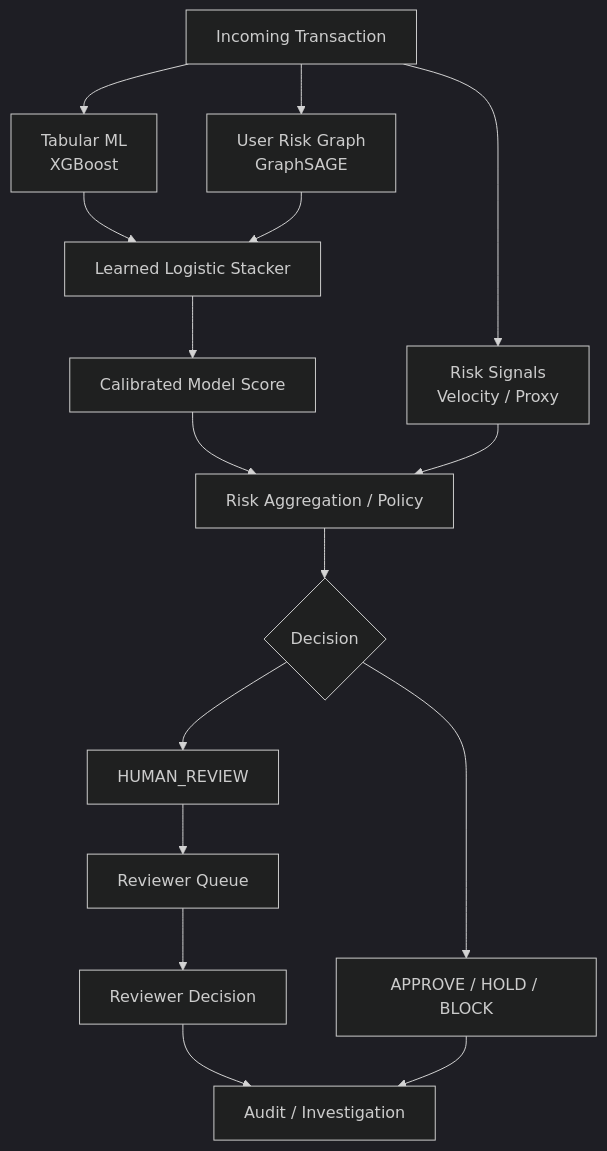
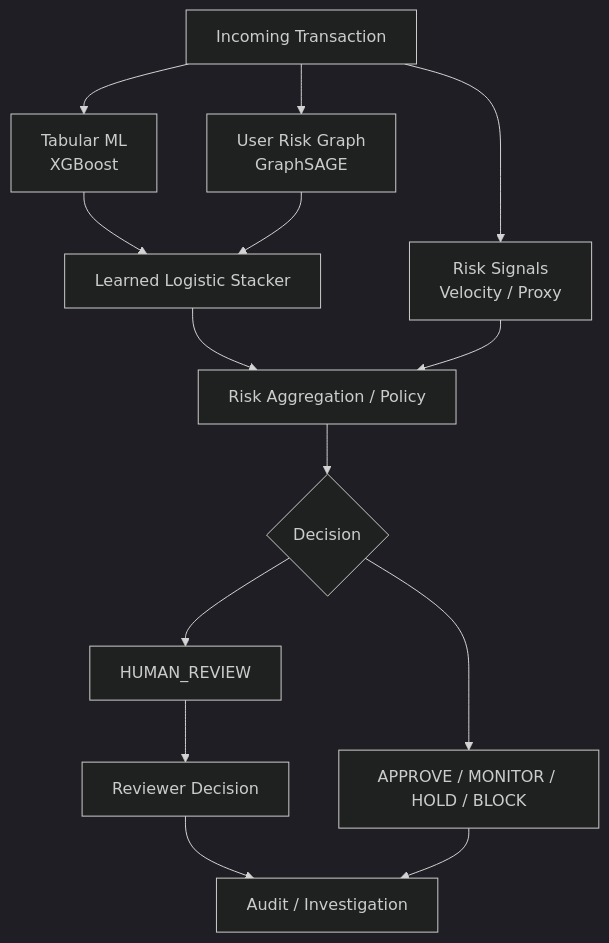
One commit to mudasir-007/RazorRisk-Agentic-AI-Payment-Fraud-Risk-Investigation-Platform- changed the first of 2 diagrams in README.md. Above: the diagram before and after it, drawn with Mermaid (dark theme). The commit also changed other lines of this file, not shown here.

````diff
--- a/README.md
+++ b/README.md
@@ -112,19 +37,17 @@
 ```mermaid
 flowchart TD
     T[Incoming Transaction]
     T --> TM[Tabular ML<br/>XGBoost]
     T --> G[User Risk Graph<br/>GraphSAGE]
     T --> S[Risk Signals<br/>Velocity / Proxy]
     TM --> ST[Learned Logistic Stacker]
     G --> ST
-    ST --> CS[Calibrated Model Score]
-    CS --> RP[Risk Aggregation / Policy]
+    ST --> RP[Risk Aggregation / Policy]
     S --> RP
     RP --> D{Decision}
-    D --> A[APPROVE / HOLD / BLOCK]
+    D --> A[APPROVE / MONITOR / HOLD / BLOCK]
     D --> H[HUMAN_REVIEW]
-    H --> Q[Reviewer Queue]
-    Q --> R[Reviewer Decision]
+    H --> R[Reviewer Decision]
     R --> AU[Audit / Investigation]
     A --> AU
 ```
````
